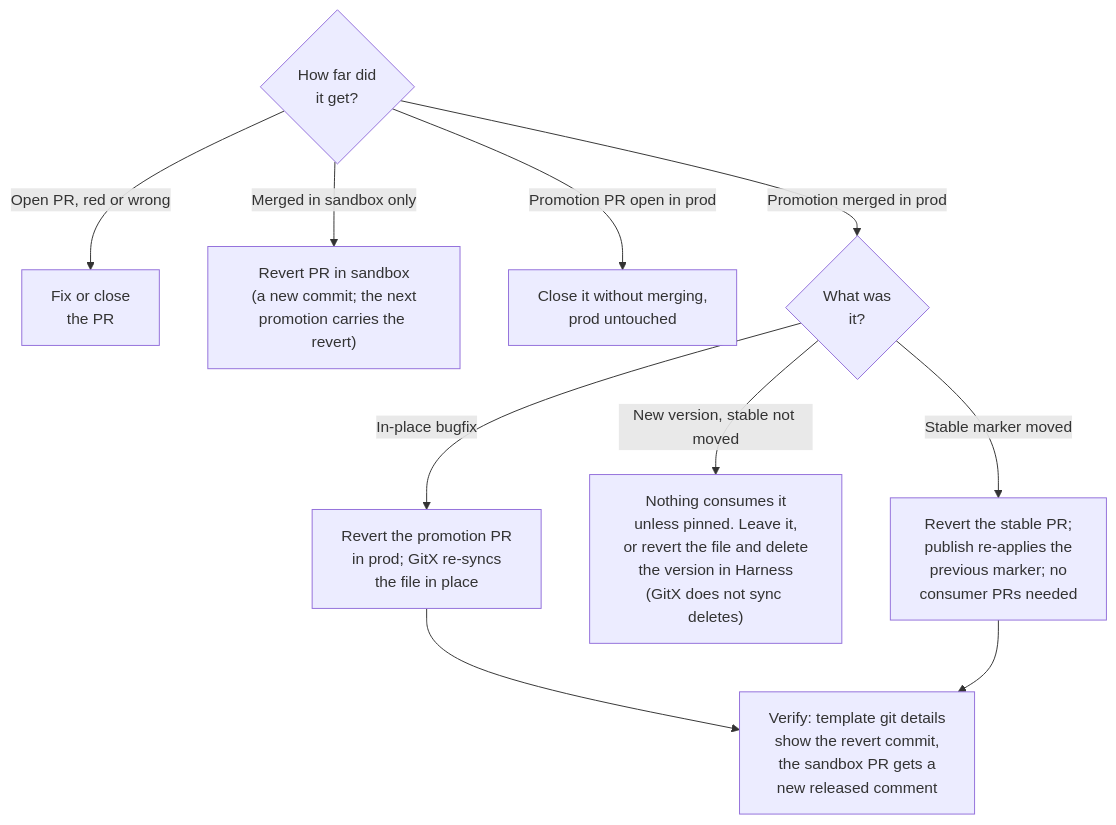
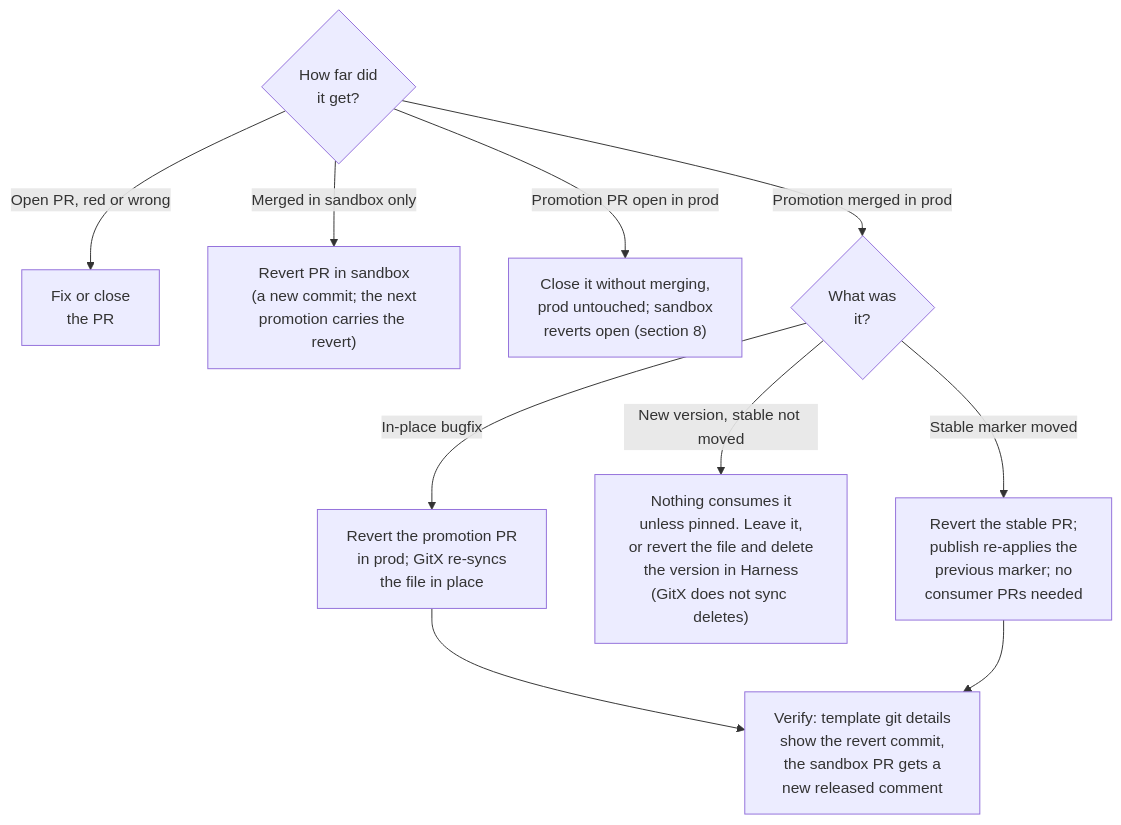
Before and after one commit to armory-io/harness-account-iacm: the sixth of 7 diagrams in docs/PROMOTION-FLOW.md, drawn with Mermaid. The commit also changed other lines of this file, not shown here.

Commit message:
docs: rejected-promotion clean-up flow

````diff
--- a/docs/PROMOTION-FLOW.md
+++ b/docs/PROMOTION-FLOW.md
@@ -166,12 +168,12 @@
 ```mermaid
 flowchart TD
     S{"How far did<br/>it get?"} -->|"Open PR, red or wrong"| R1["Fix or close<br/>the PR"]
     S -->|"Merged in sandbox only"| R2["Revert PR in sandbox<br/>(a new commit; the next<br/>promotion carries the revert)"]
-    S -->|"Promotion PR open in prod"| R3["Close it without merging,<br/>prod untouched"]
+    S -->|"Promotion PR open in prod"| R3["Close it without merging,<br/>prod untouched; sandbox<br/>reverts open (section 8)"]
     S -->|"Promotion merged in prod"| T{"What was<br/>it?"}
     T -->|"In-place bugfix"| R4["Revert the promotion PR<br/>in prod; GitX re-syncs<br/>the file in place"]
     T -->|"New version, stable not moved"| R5["Nothing consumes it<br/>unless pinned. Leave it,<br/>or revert the file and delete<br/>the version in Harness<br/>(GitX does not sync deletes)"]
     T -->|"Stable marker moved"| R6["Revert the stable PR;<br/>publish re-applies the<br/>previous marker; no<br/>consumer PRs needed"]
     R4 --> V["Verify: template git details<br/>show the revert commit,<br/>the sandbox PR gets a<br/>new released comment"]
     R6 --> V
 ```
````
